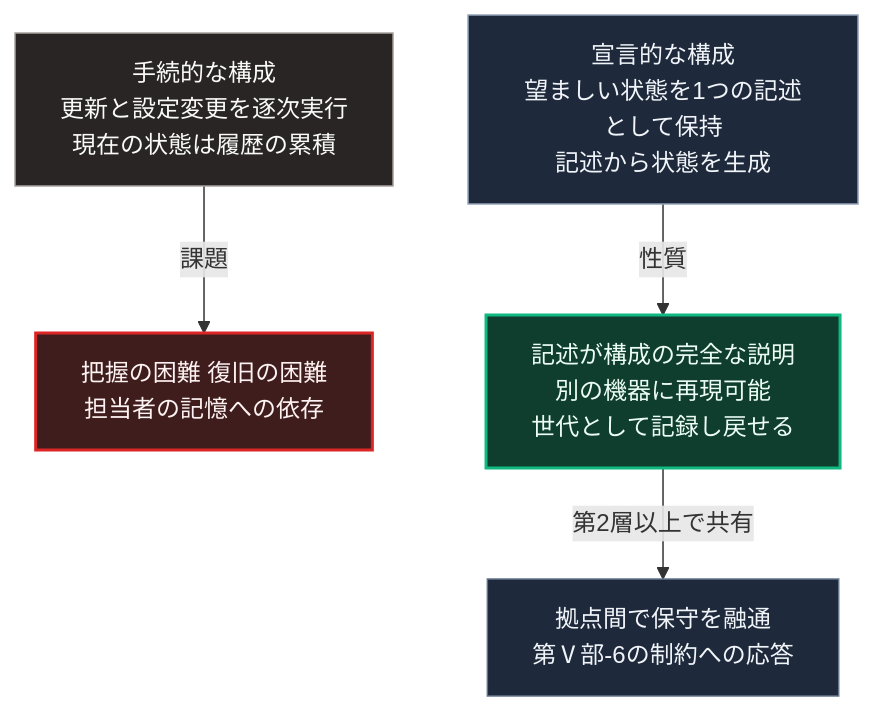
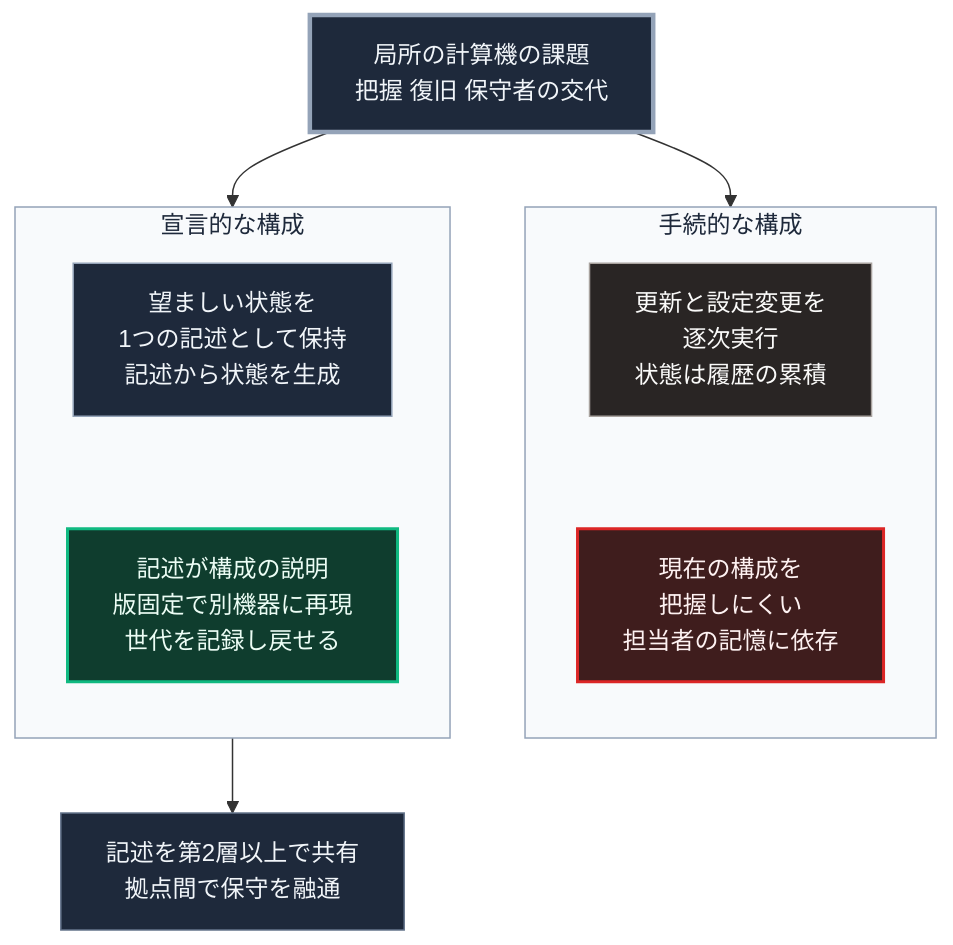
One commit to Takenori-Kusaka/zenn-content changed the diagram in books/sovereign-resilience-blueprint/56_resilient-data-nixos-immutable-os.md. Above: the diagram before and after it, drawn with Mermaid. The commit also changed other lines of this file and 114 other files, not shown here.

````diff
--- a/books/sovereign-resilience-blueprint/56_resilient-data-nixos-immutable-os.md
+++ b/books/sovereign-resilience-blueprint/56_resilient-data-nixos-immutable-os.md
@@ -61,14 +61,24 @@
 ```mermaid
 flowchart TD
-    A[手続的な構成<br>更新と設定変更を逐次実行<br>現在の状態は履歴の累積]
-    A -->|課題| B[把握の困難 復旧の困難<br>担当者の記憶への依存]
-    C[宣言的な構成<br>望ましい状態を1つの記述として保持<br>記述から状態を生成]
-    C -->|性質| D[記述が構成の完全な説明<br>別の機器に再現可能<br>世代として記録し戻せる]
-    D -->|第2層以上で共有| E[拠点間で保守を融通<br>第Ⅴ部-6の制約への応答]
+    T[局所の計算機の課題<br>把握 復旧 保守者の交代]
+    T --> C
+    T --> A
+    subgraph A[手続的な構成]
+        direction TB
+        A1[更新と設定変更を<br>逐次実行<br>状態は履歴の累積] ~~~ A2[現在の構成を<br>把握しにくい<br>担当者の記憶に依存]
+    end
+    subgraph C[宣言的な構成]
+        direction TB
+        C1[望ましい状態を<br>1つの記述として保持<br>記述から状態を生成] ~~~ C2[記述が構成の説明<br>版固定で別機器に再現<br>世代を記録し戻せる]
+    end
+    C --> E[記述を第2層以上で共有<br>拠点間で保守を融通]
 
-    style A fill:#292524,stroke:#a8a29e,color:#fafaf9
-    style B fill:#3f1d1d,stroke:#dc2626,stroke-width:2px,color:#fef2f2
-    style C fill:#1e293b,stroke:#94a3b8,color:#f1f5f9
-    style D fill:#0f3d2e,stroke:#10b981,stroke-width:2px,color:#ecfdf5
+    style T fill:#1e293b,stroke:#94a3b8,stroke-width:3px,color:#f1f5f9
+    style A1 fill:#292524,stroke:#a8a29e,color:#fafaf9
+    style A2 fill:#3f1d1d,stroke:#dc2626,stroke-width:2px,color:#fef2f2
+    style C1 fill:#1e293b,stroke:#94a3b8,color:#f1f5f9
+    style C2 fill:#0f3d2e,stroke:#10b981,stroke-width:2px,color:#ecfdf5
     style E fill:#1e293b,stroke:#64748b,color:#f1f5f9
+    style A fill:#f8fafc,stroke:#94a3b8,color:#1e293b
+    style C fill:#f8fafc,stroke:#94a3b8,color:#1e293b
 ```
````
